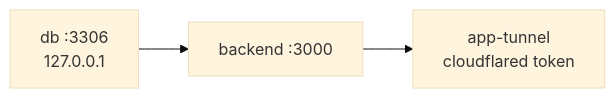
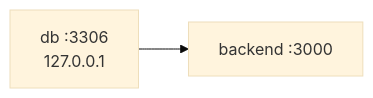
One commit to xEsiah/Zatyshok changed the second of 2 diagrams in docs/architecture.md. Above: the diagram before and after it, drawn with Mermaid (base theme). The commit also changed other lines of this file and 4 other files, not shown here.

Commit message:
chore: splitting the app tunnel network managment outside from zatyshok (#18)

````diff
--- a/docs/architecture.md
+++ b/docs/architecture.md
@@ -73,5 +73,4 @@
 ```mermaid
 flowchart LR
     db[db :3306<br/>127.0.0.1] --> backend[backend :3000]
-    backend --> tunnel[app-tunnel<br/>cloudflared token]
 ```
````
